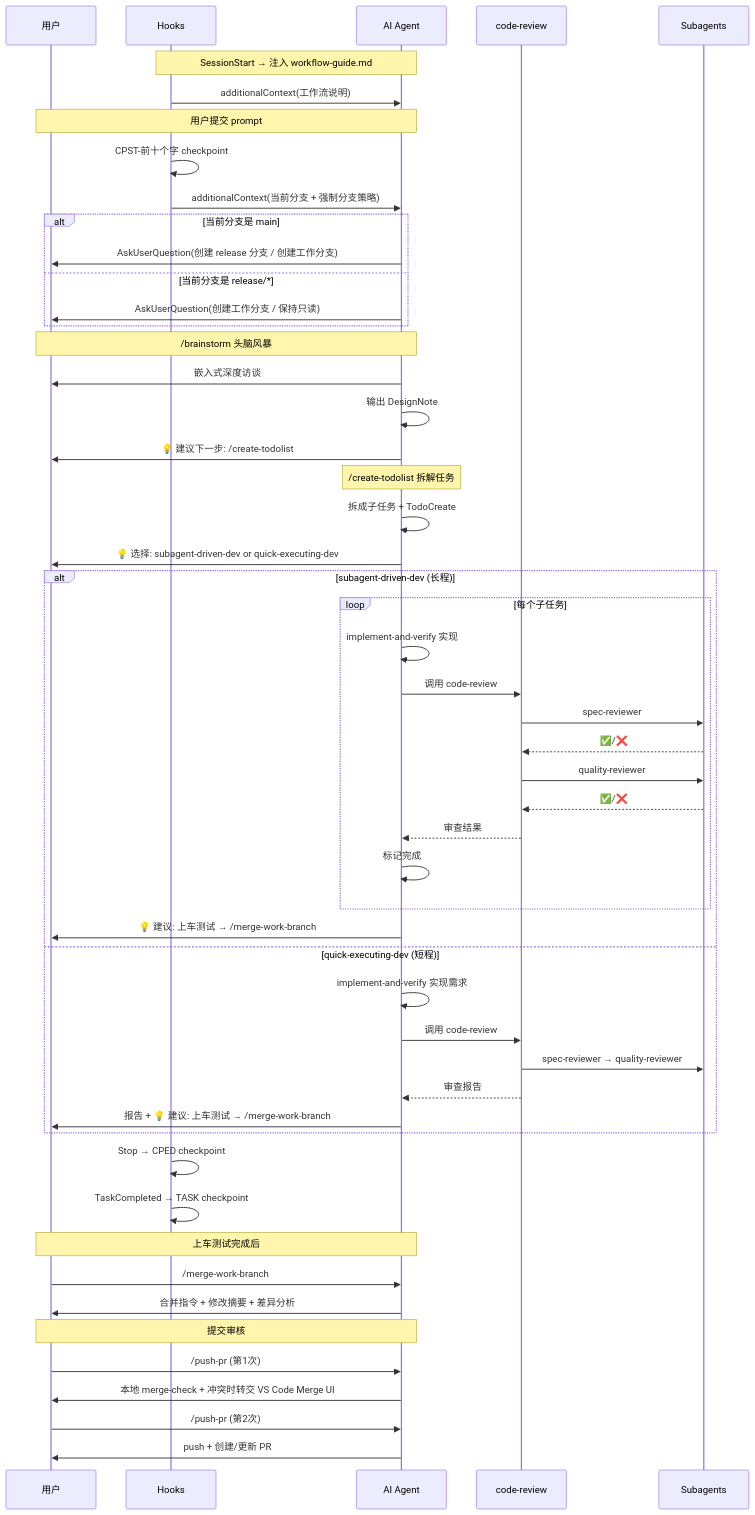
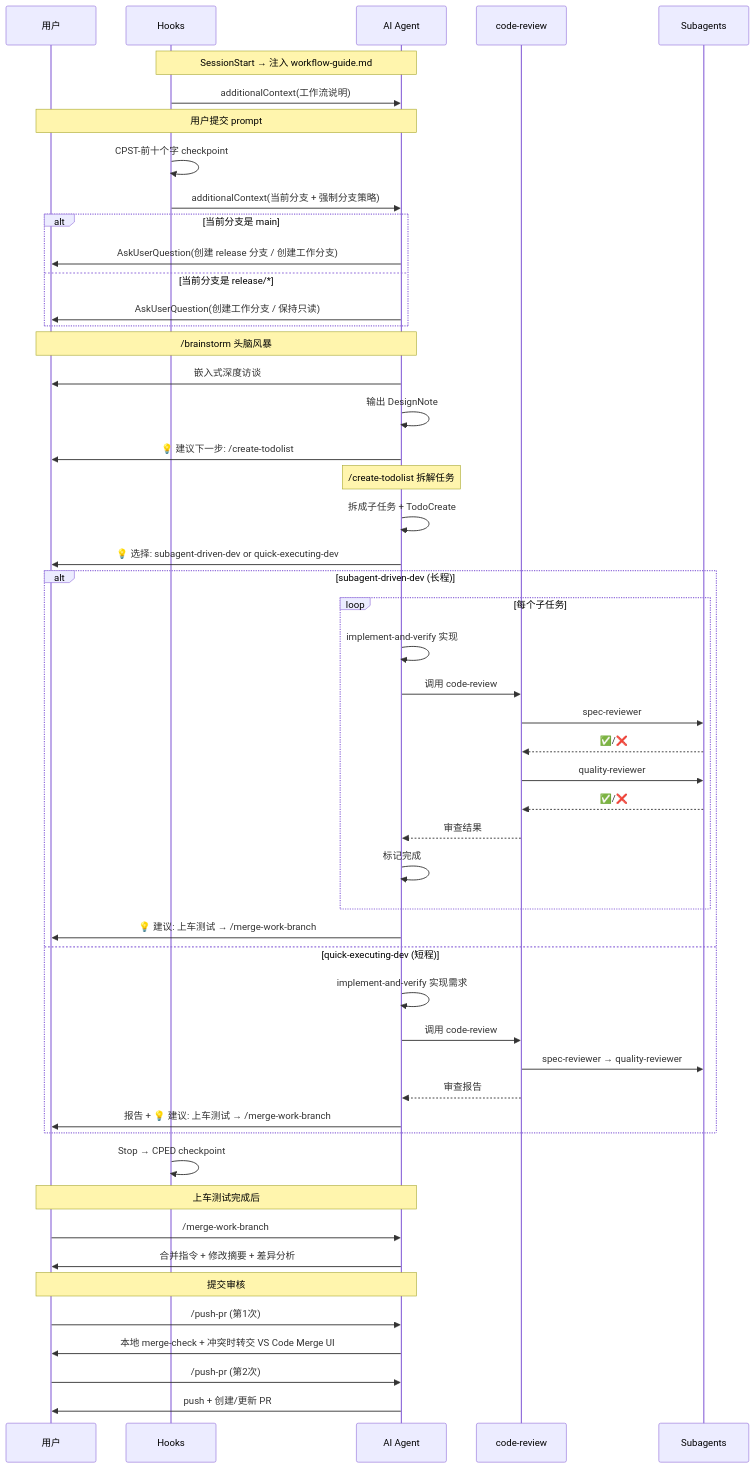
One commit to IHiter-2026-Wheeled-Bipedal-Soldier/Wheeled_Bipedal_Shared_CC_Config changed the second of 2 diagrams in Resources/AI 开发工作流系统设计框架.md. Above: the diagram before and after it, drawn with Mermaid. The commit also changed other lines of this file and 11 other files, not shown here.

````diff
--- a/Resources/AI 开发工作流系统设计框架.md
+++ b/Resources/AI 开发工作流系统设计框架.md
@@ -529,63 +496,62 @@
 ```mermaid
 sequenceDiagram
     participant U as 用户
     participant H as Hooks
     participant AI as AI Agent
     participant CR as code-review
     participant SA as Subagents
 
     Note over H,AI: SessionStart → 注入 workflow-guide.md
     H->>AI: additionalContext(工作流说明)
 
     Note over U,AI: 用户提交 prompt
     H->>H: CPST-前十个字 checkpoint
     H->>AI: additionalContext(当前分支 + 强制分支策略)
 
     alt 当前分支是 main
       AI->>U: AskUserQuestion(创建 release 分支 / 创建工作分支)
     else 当前分支是 release/*
       AI->>U: AskUserQuestion(创建工作分支 / 保持只读)
     end
 
     Note over U,AI: /brainstorm 头脑风暴
     AI->>U: 嵌入式深度访谈
     AI->>AI: 输出 DesignNote
     AI->>U: 💡 建议下一步: /create-todolist
 
     Note over AI: /create-todolist 拆解任务
     AI->>AI: 拆成子任务 + TodoCreate
     AI->>U: 💡 选择: subagent-driven-dev or quick-executing-dev
 
     alt subagent-driven-dev (长程)
         loop 每个子任务
             AI->>AI: implement-and-verify 实现
             AI->>CR: 调用 code-review
             CR->>SA: spec-reviewer
             SA-->>CR: ✅/❌
             CR->>SA: quality-reviewer
             SA-->>CR: ✅/❌
             CR-->>AI: 审查结果
             AI->>AI: 标记完成
         end
         AI->>U: 💡 建议: 上车测试 → /merge-work-branch
     else quick-executing-dev (短程)
         AI->>AI: implement-and-verify 实现需求
         AI->>CR: 调用 code-review
         CR->>SA: spec-reviewer → quality-reviewer
         CR-->>AI: 审查报告
         AI->>U: 报告 + 💡 建议: 上车测试 → /merge-work-branch
     end
 
     H->>H: Stop → CPED checkpoint
-    H->>H: TaskCompleted → TASK checkpoint
 
     Note over U,AI: 上车测试完成后
     U->>AI: /merge-work-branch
     AI->>U: 合并指令 + 修改摘要 + 差异分析
 
     Note over U,AI: 提交审核
     U->>AI: /push-pr (第1次)
     AI->>U: 本地 merge-check + 冲突时转交 VS Code Merge UI
     U->>AI: /push-pr (第2次)
     AI->>U: push + 创建/更新 PR
 ```
````
